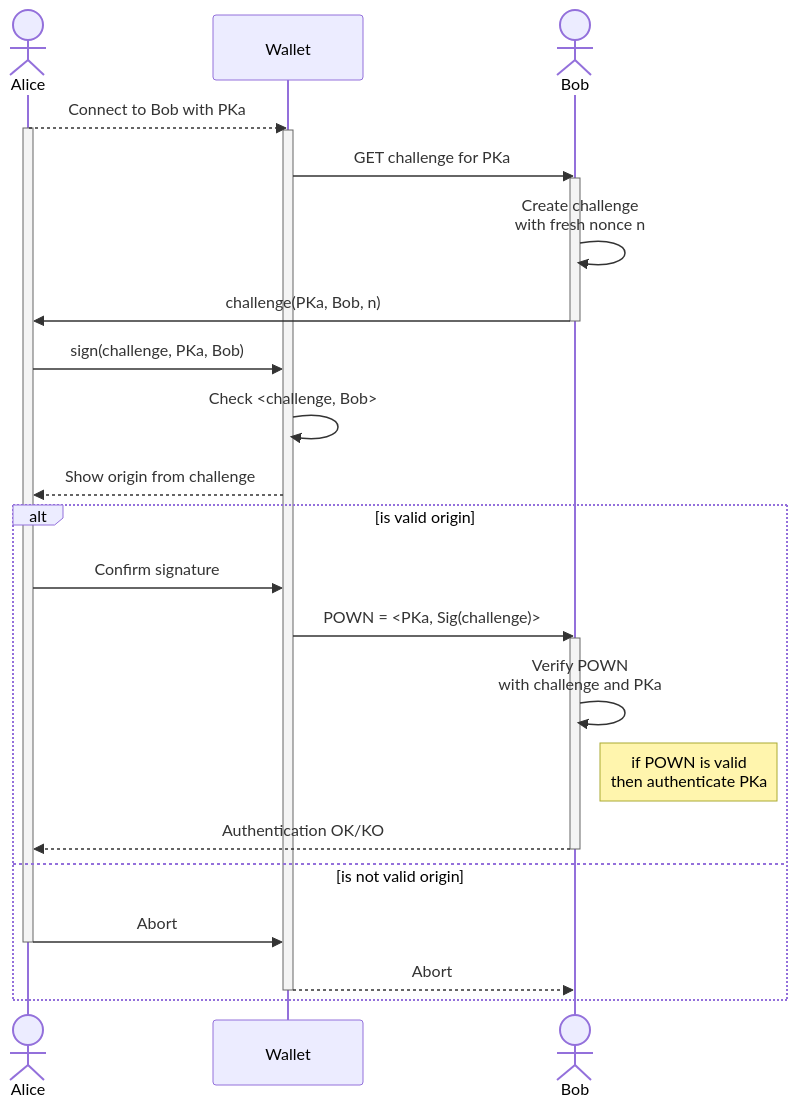
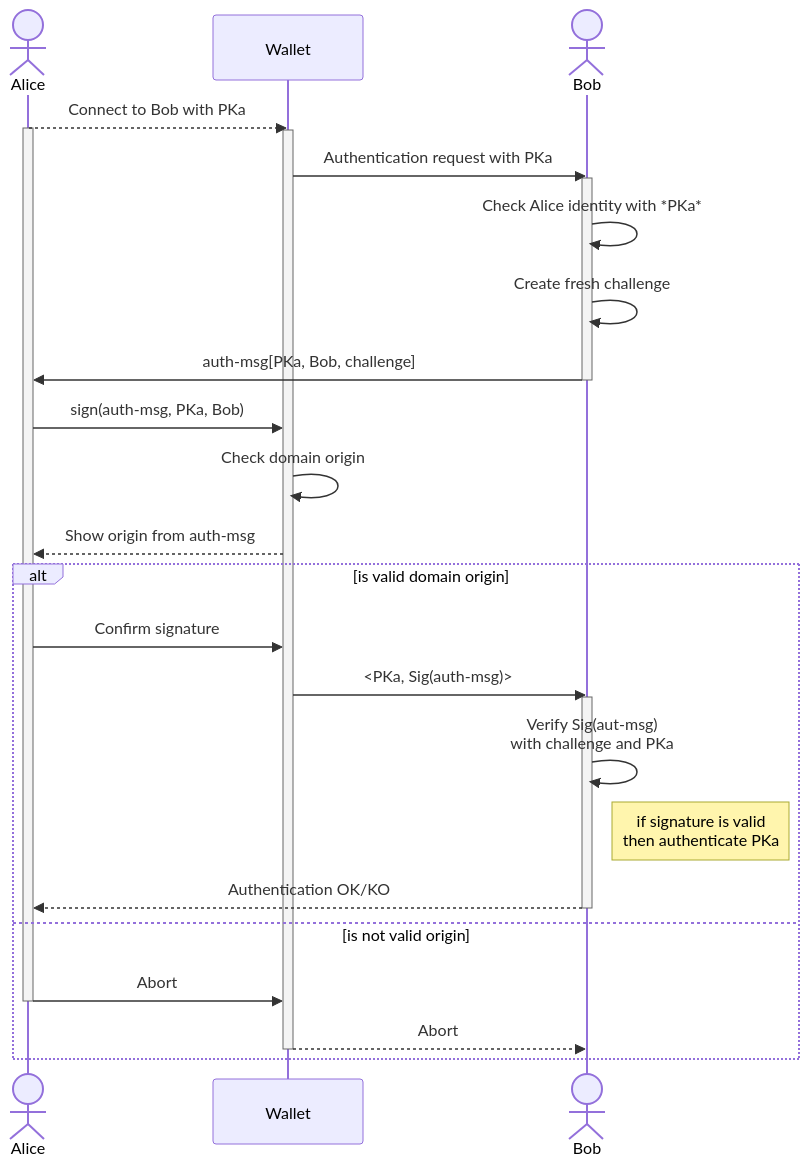
The first of 3 diagrams in ARCs/arc-0031.md (algorandfoundation/ARCs), drawn with Mermaid before and after one commit. The commit also changed other lines of this file, not shown here.

````diff
--- a/ARCs/arc-0031.md
+++ b/ARCs/arc-0031.md
@@ -88,31 +87,32 @@
 ```mermaid
 sequenceDiagram
     actor A as Alice
     participant W as Wallet
     actor B as Bob
     A-->>W: Connect to Bob with PKa
     activate A
     activate W
-    W->>B: GET challenge for PKa
+    W->>B: Authentication request with PKa
     activate B
-    B->>B: Create challenge <br/> with fresh nonce n
-    B->>A: challenge(PKa, Bob, n)
+    B->>B: Check Alice identity with *PKa*
+    B->>B: Create fresh challenge
+    B->>A: auth-msg[PKa, Bob, challenge]
     deactivate B
-    A->>W: sign(challenge, PKa, Bob) 
-    W->>W: Check <challenge, Bob>
-    W-->>A: Show origin from challenge
-    alt is valid origin
+    A->>W: sign(auth-msg, PKa, Bob)
+    W->>W: Check domain origin
+    W-->>A: Show origin from auth-msg
+    alt is valid domain origin
         A->>W: Confirm signature
-        W->>B: POWN = <PKa, Sig(challenge)>
+        W->>B: <PKa, Sig(auth-msg)>
         activate B
-        B->>B: Verify POWN <br/> with challenge and PKa
-        Note right of B: if POWN is valid<br/>then authenticate PKa
+        B->>B: Verify Sig(aut-msg) <br/> with challenge and PKa
+        Note right of B: if signature is valid<br/>then authenticate PKa
         B-->>A: Authentication OK/KO
         deactivate B
     else is not valid origin
         A->>W: Abort
         deactivate A
         W-->>B: Abort
         deactivate W
     end
 ```
````
